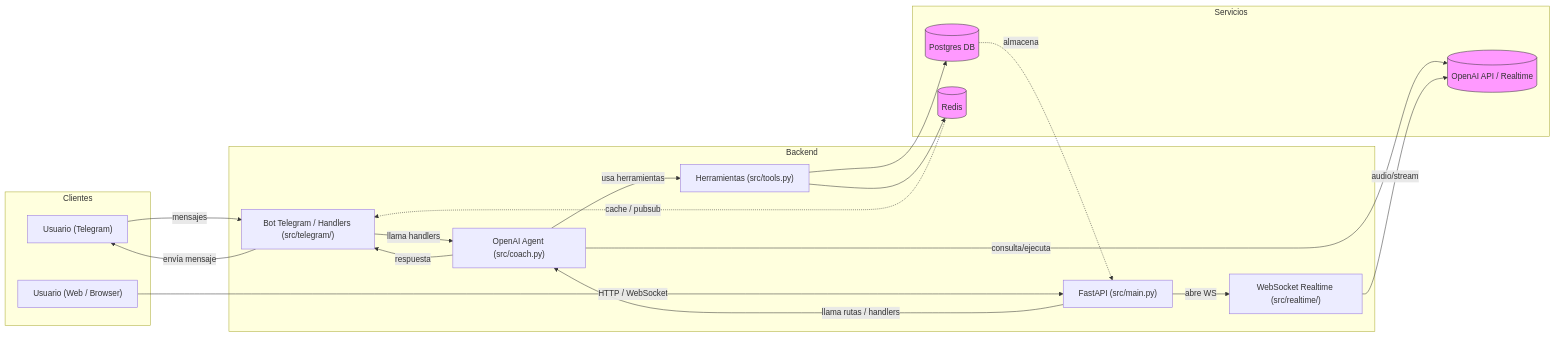
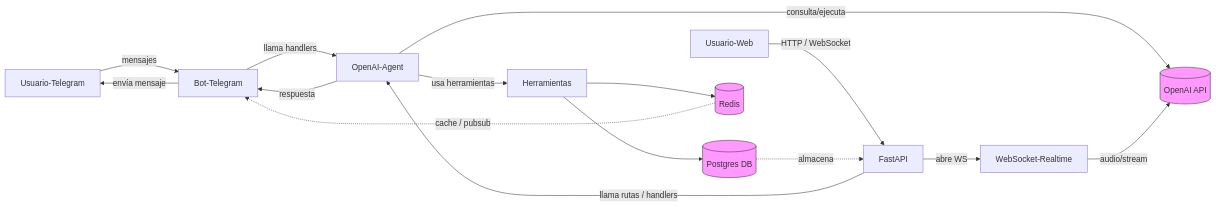
The diagram in docs/diagrama_flujo.md (andres-ax/EntrenadorPersonal), drawn with Mermaid before and after one commit.

Commit message:
refactor(documentacion): simplificar diagrama de flujo eliminando subgrupos innecesarios

````diff
--- a/docs/diagrama_flujo.md
+++ b/docs/diagrama_flujo.md
@@ -5,45 +5,40 @@
 ```mermaid
 graph LR
-  subgraph Clientes
-    U_TG["Usuario (Telegram)"]
-    U_WEB["Usuario (Web / Browser)"]
-  end
+  %% Nodos principales (nombres simples para compatibilidad con GitHub)
+  U_TG[Usuario-Telegram]
+  U_WEB[Usuario-Web]
+  API[FastAPI]
+  TB[Bot-Telegram]
+  AG[OpenAI-Agent]
+  TO[Herramientas]
+  WS[WebSocket-Realtime]
+  PG[(Postgres DB)]
+  RD[(Redis)]
+  OAI[(OpenAI API)]
 
-  subgraph Backend
-    API["FastAPI (src/main.py)"]
-    TB["Bot Telegram / Handlers (src/telegram/)"]
-    AG["OpenAI Agent (src/coach.py)"]
-    TO["Herramientas (src/tools.py)"]
-    WS["WebSocket Realtime (src/realtime/)"]
-  end
-
-  subgraph Servicios
-    PG[(Postgres DB)]
-    RD[(Redis)]
-    OAI[(OpenAI API / Realtime)]
-  end
-
+  %% Flujo
   U_TG -->|mensajes| TB
   U_WEB -->|HTTP / WebSocket| API
 
   TB -->|llama handlers| AG
   API -->|llama rutas / handlers| AG
 
   AG -->|usa herramientas| TO
   TO --> PG
   TO --> RD
 
   AG -->|consulta/ejecuta| OAI
 
   AG -->|respuesta| TB
   TB -->|envía mensaje| U_TG
 
   API -->|abre WS| WS
   WS -->|audio/stream| OAI
 
   PG -.->|almacena| API
   RD -.->|cache / pubsub| TB
 
+  %% estilos
   classDef infra fill:#f9f,stroke:#333,stroke-width:1px;
   class PG,RD,OAI infra;
 ```
````
